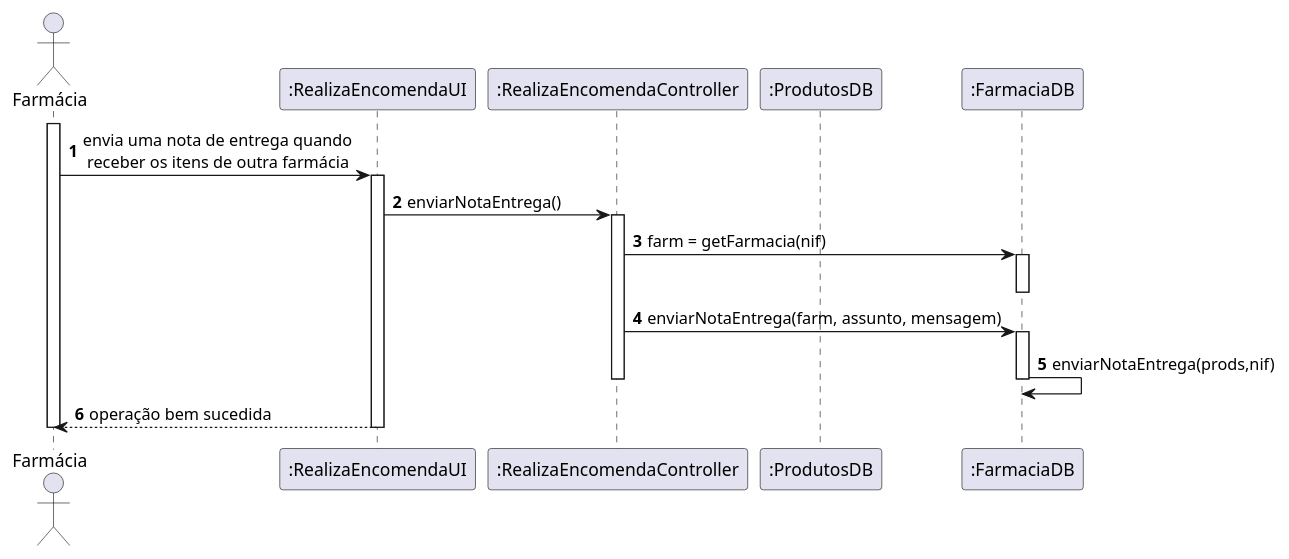
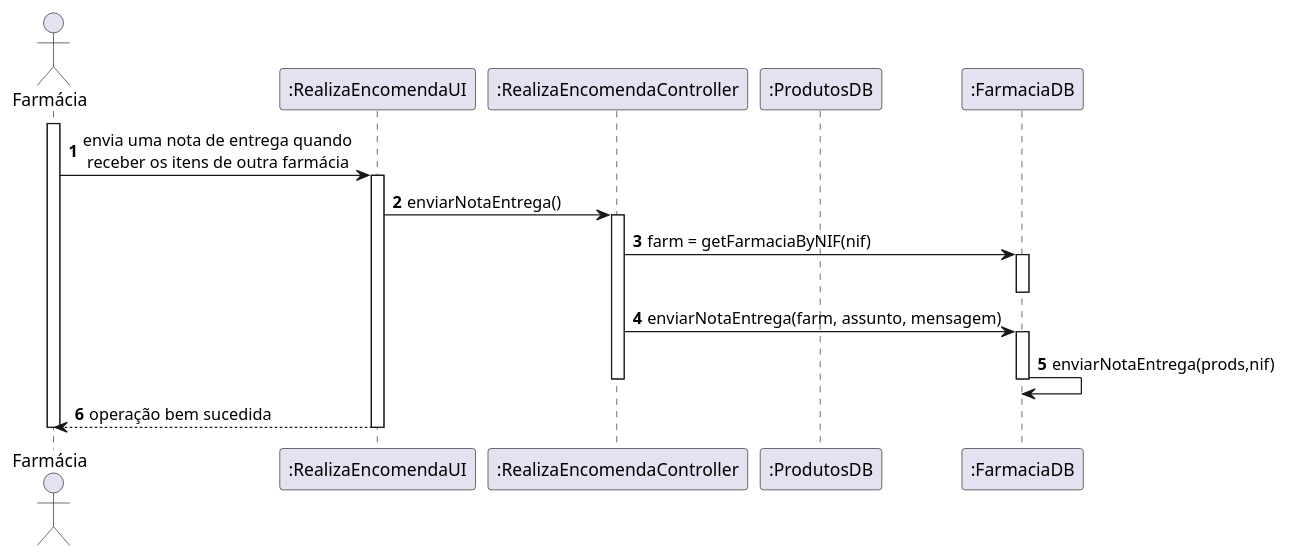
The diagram in docs/UC132/SD.puml (pedrolemos4/LAPR3), drawn with PlantUML before and after one commit. The commit also changed 1 other file, not shown here.

```diff
--- a/docs/UC132/SD.puml
+++ b/docs/UC132/SD.puml
@@ -1,33 +1,33 @@
 @startuml
 autonumber
 
 actor "Farmácia" as FARM
 participant ":RealizaEncomendaUI" as UI
 participant ":RealizaEncomendaController" as CTL
 participant ":ProdutosDB" as PDB
 participant ":FarmaciaDB" as FDB
 
 activate FARM
 FARM -> UI : envia uma nota de entrega quando \n receber os itens de outra farmácia
 activate UI
 UI -> CTL : enviarNotaEntrega()
 activate CTL
 
-CTL -> FDB : farm = getFarmacia(nif)
+CTL -> FDB : farm = getFarmaciaByNIF(nif)
 activate FDB
 deactivate FDB
 
 CTL -> FDB : enviarNotaEntrega(farm, assunto, mensagem)
 activate FDB
 
 FDB -> FDB : enviarNotaEntrega(prods,nif)
 
 deactivate FDB
 
 deactivate CTL
 
 UI --> FARM : operação bem sucedida
 deactivate UI
 
 deactivate FARM
 @enduml
```
